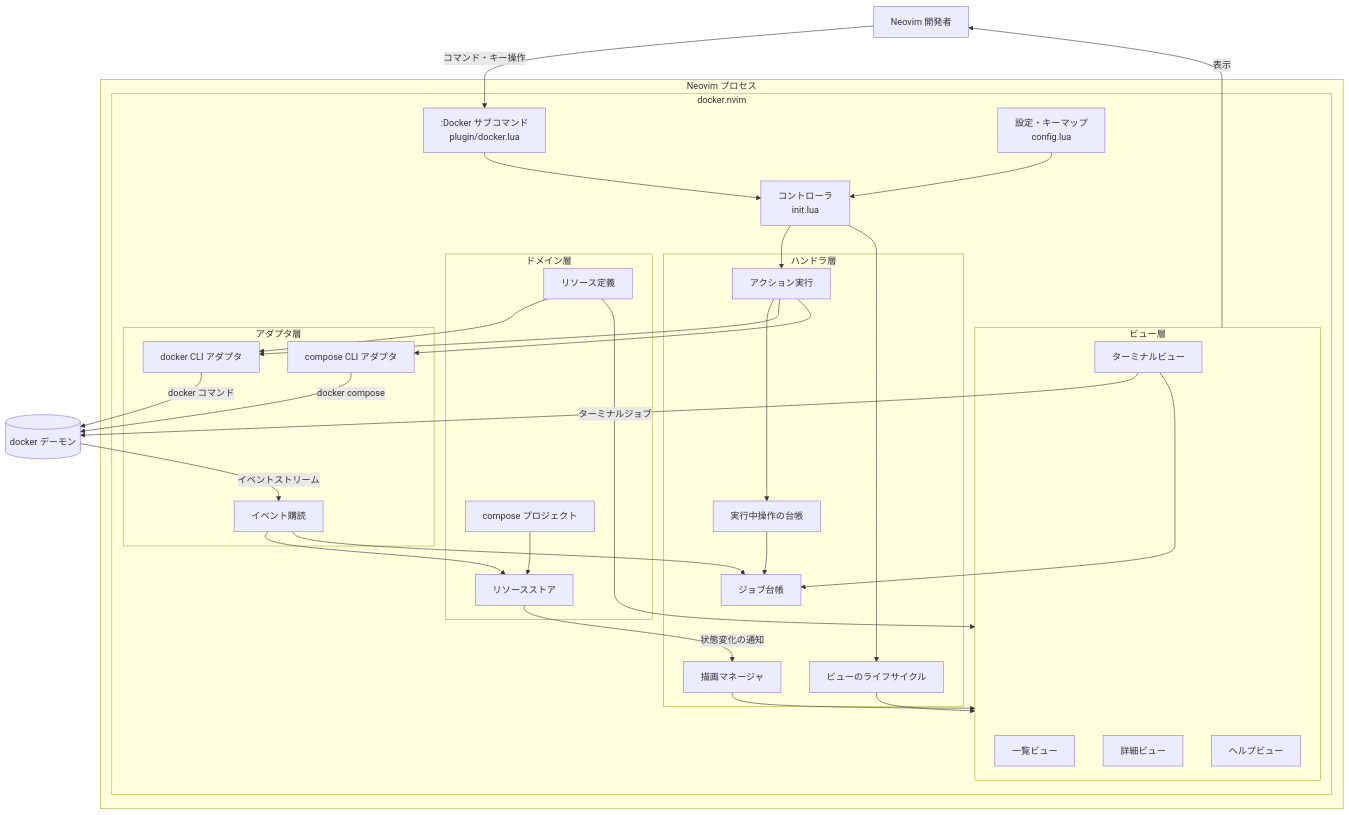
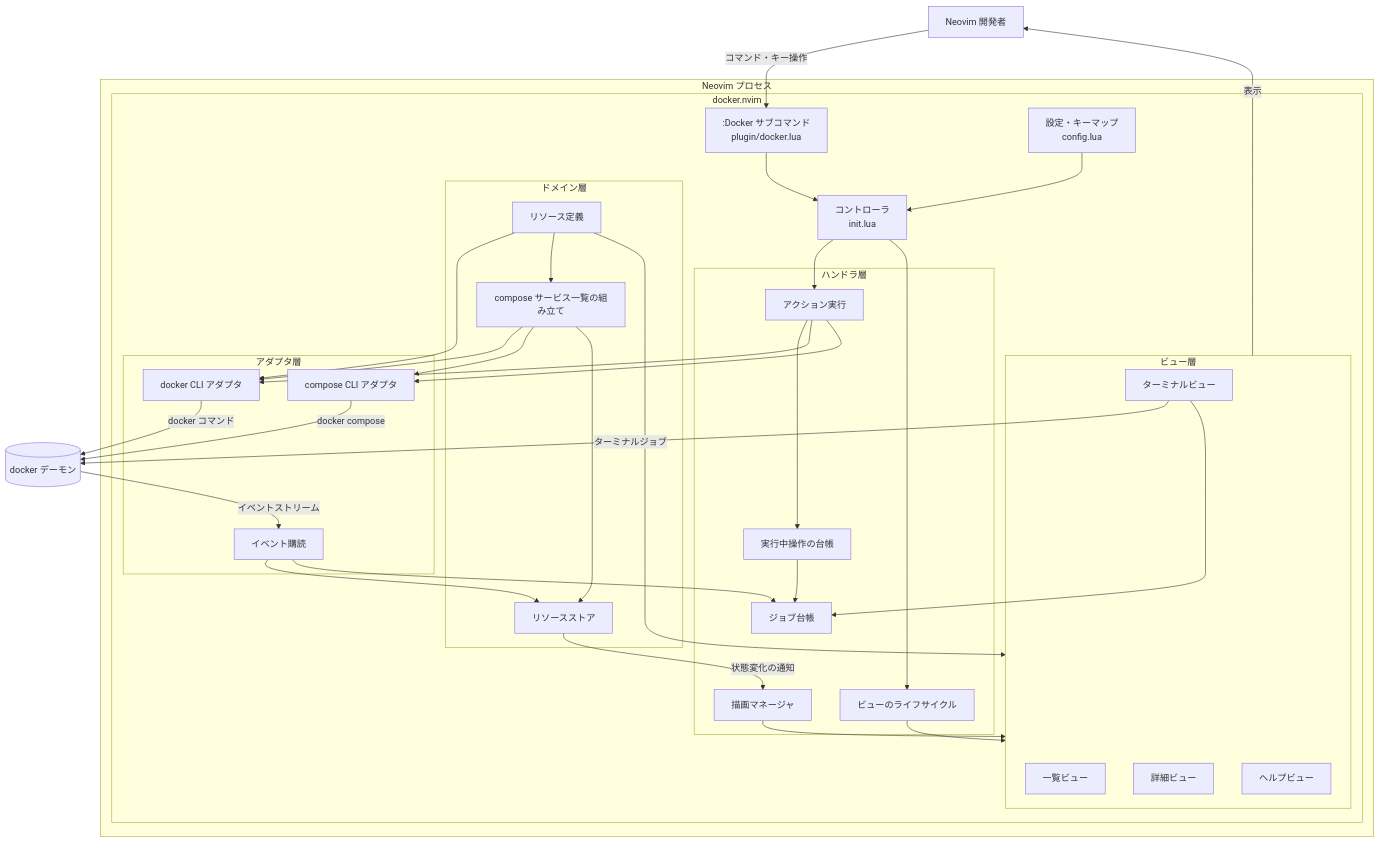
Before and after one commit to skanehira/docker.nvim: the diagram in docs/DESIGN.md, drawn with Mermaid. The commit also changed other lines of this file and 7 other files, not shown here.

````diff
--- a/docs/DESIGN.md
+++ b/docs/DESIGN.md
@@ -87,65 +87,68 @@
 ```mermaid
 flowchart TB
     User[Neovim 開発者]
 
     subgraph nvim[Neovim プロセス]
         subgraph plugin[docker.nvim]
             Cmd[":Docker サブコマンド<br/>plugin/docker.lua"]
             Ctrl["コントローラ<br/>init.lua"]
             Config["設定・キーマップ<br/>config.lua"]
 
             subgraph handlers[ハンドラ層]
                 Actions[アクション実行]
                 Render[描画マネージャ]
                 Lifecycle[ビューのライフサイクル]
                 Ops[実行中操作の台帳]
                 Jobs[ジョブ台帳]
             end
 
             subgraph domain[ドメイン層]
                 Store[リソースストア]
                 Registry[リソース定義]
-                Compose[compose プロジェクト]
+                Compose["compose サービス一覧の組み立て"]
             end
 
             subgraph views[ビュー層]
                 List[一覧ビュー]
                 Inspect[詳細ビュー]
                 Help[ヘルプビュー]
                 Term[ターミナルビュー]
             end
 
             subgraph adapter[アダプタ層]
                 CLI[docker CLI アダプタ]
                 Events[イベント購読]
                 ComposeCLI[compose CLI アダプタ]
             end
         end
     end
 
     Docker[(docker デーモン)]
 
     User -->|コマンド・キー操作| Cmd
     Cmd --> Ctrl
     Config --> Ctrl
     Ctrl --> Actions
     Ctrl --> Lifecycle
     Actions --> Ops
     Actions --> CLI
     Actions --> ComposeCLI
     Ops --> Jobs
     Lifecycle --> views
     Store -->|状態変化の通知| Render
     Render --> views
     Registry --> views
     Registry --> CLI
+    Registry --> Compose
+    Compose --> CLI
+    Compose --> ComposeCLI
     Compose --> Store
     CLI -->|docker コマンド| Docker
     ComposeCLI -->|docker compose| Docker
     Docker -->|イベントストリーム| Events
     Events --> Store
     Events --> Jobs
     Term -->|ターミナルジョブ| Docker
     Term --> Jobs
     views -->|表示| User
 ```
````
